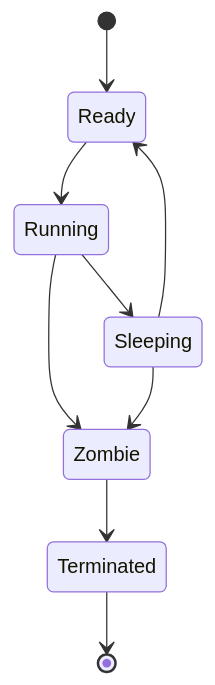
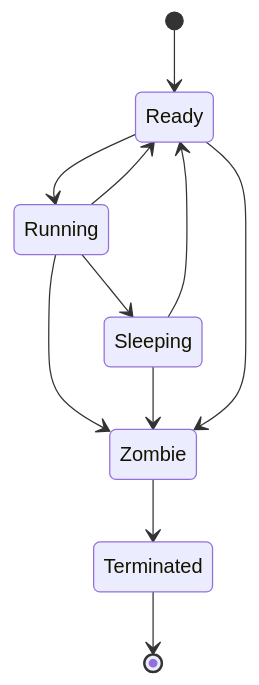
One commit to NON-OS/microkernel changed the second of 2 diagrams in docs/kernel/processes-and-spawn.md. Above: the diagram before and after it, drawn with Mermaid. The commit also changed other lines of this file and 15 other files, not shown here.

````diff
--- a/docs/kernel/processes-and-spawn.md
+++ b/docs/kernel/processes-and-spawn.md
@@ -76,11 +74,13 @@
 ```mermaid
 stateDiagram-v2
     [*] --> Ready
     Ready --> Running
+    Running --> Ready
     Running --> Sleeping
     Sleeping --> Ready
     Running --> Zombie
     Sleeping --> Zombie
+    Ready --> Zombie
     Zombie --> Terminated
     Terminated --> [*]
 ```
````
